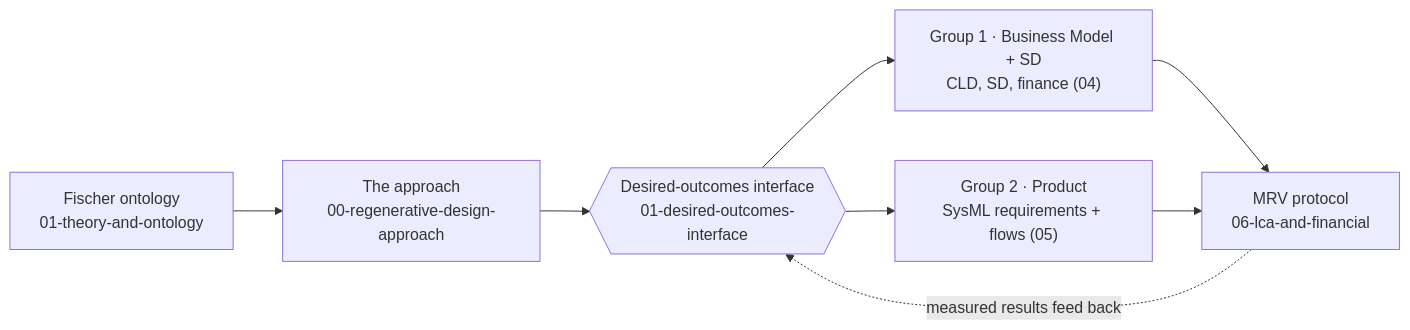
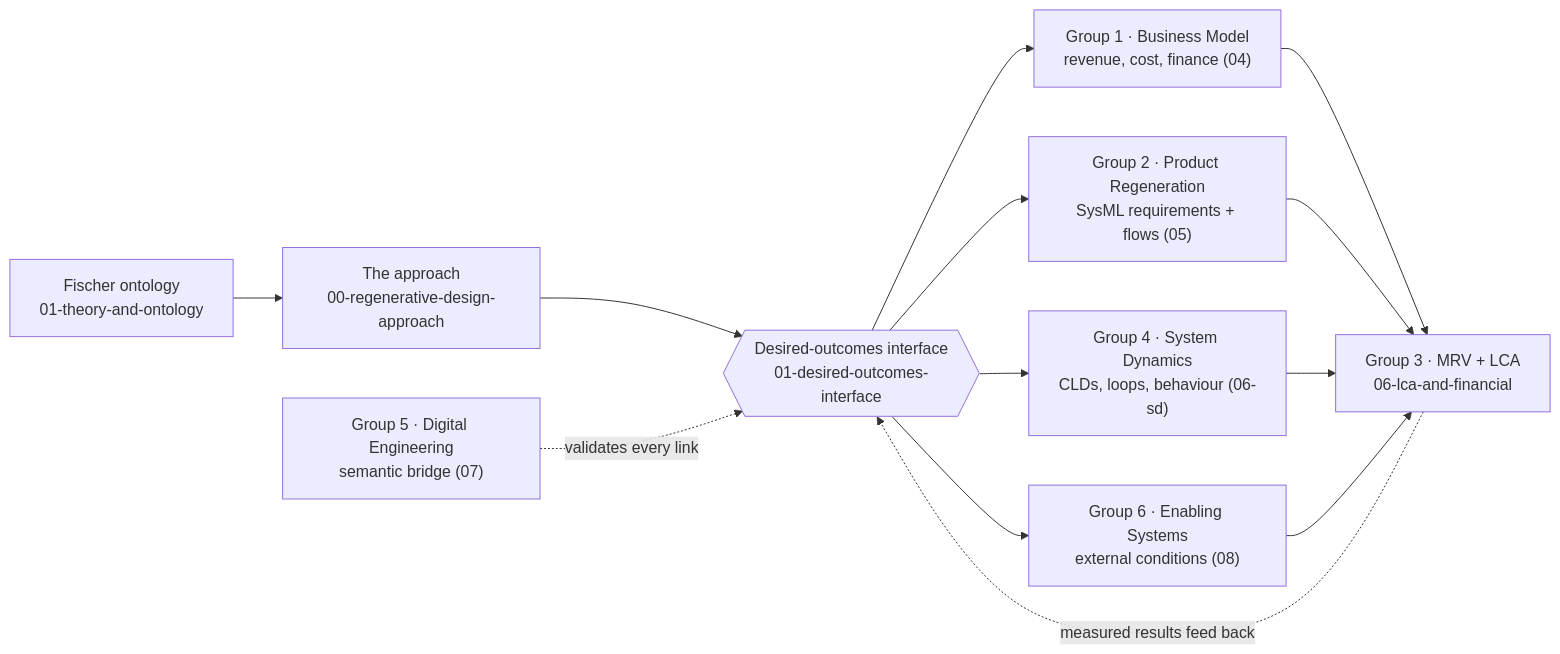
One commit to TheNightFox-1/SustainableTogether changed the second of 2 diagrams in SustainableTogether Projects/Regeneration/03-methodology/00-regenerative-design-approach.md. Above: the diagram before and after it, drawn with Mermaid. The commit also changed other lines of this file and 28 other files, not shown here.

````diff
--- a/SustainableTogether Projects/Regeneration/03-methodology/00-regenerative-design-approach.md
+++ b/SustainableTogether Projects/Regeneration/03-methodology/00-regenerative-design-approach.md
@@ -153,10 +157,12 @@
 ```mermaid
 flowchart LR
   ONT["Fischer ontology<br/>01-theory-and-ontology"] --> APP["The approach<br/>00-regenerative-design-approach"]
   APP --> INT{{"Desired-outcomes interface<br/>01-desired-outcomes-interface"}}
-  INT --> G1["Group 1 · Business Model + SD<br/>CLD, SD, finance (04)"]
-  INT --> G2["Group 2 · Product<br/>SysML requirements + flows (05)"]
-  G1 --> MRV["MRV protocol<br/>06-lca-and-financial"]
-  G2 --> MRV
+  INT --> G1["Group 1 · Business Model<br/>revenue, cost, finance (04)"]
+  INT --> G2["Group 2 · Product Regeneration<br/>SysML requirements + flows (05)"]
+  INT --> G4["Group 4 · System Dynamics<br/>CLDs, loops, behaviour (06-sd)"]
+  INT --> G6["Group 6 · Enabling Systems<br/>external conditions (08)"]
+  G1 & G2 & G4 & G6 --> MRV["Group 3 · MRV + LCA<br/>06-lca-and-financial"]
   MRV -.->|"measured results feed back"| INT
+  G5["Group 5 · Digital Engineering<br/>semantic bridge (07)"] -.->|"validates every link"| INT
 ```
````
